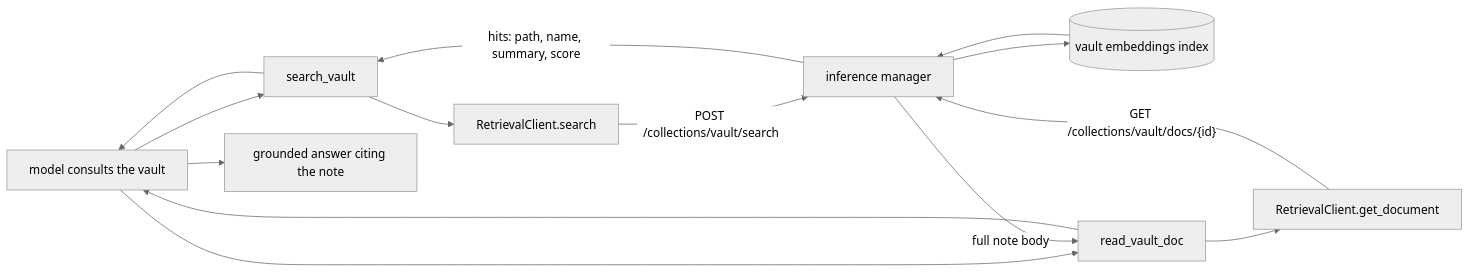
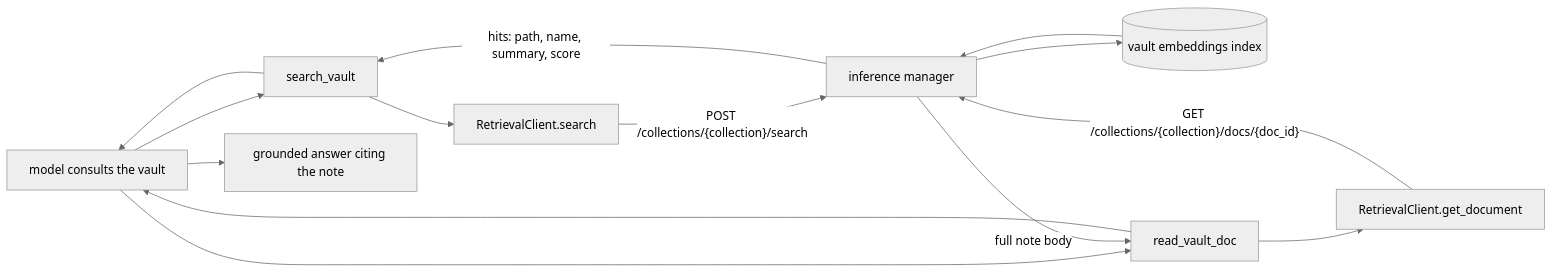
Before and after one commit to EdibleTuber/PARE: the second of 4 diagrams in ARCHITECTURE.md, drawn with Mermaid (neutral theme). The commit also changed other lines of this file, not shown here.

First line of the commit message:
docs(architecture): make the diagrams true

````diff
--- a/ARCHITECTURE.md
+++ b/ARCHITECTURE.md
@@ -65,14 +75,14 @@
 ```mermaid
 flowchart LR
     M["model consults the vault"] --> SV["search_vault"]
     SV --> RC["RetrievalClient.search"]
-    RC -->|"POST /collections/vault/search"| MGR["inference manager"]
+    RC -->|"POST /collections/{collection}/search"| MGR["inference manager"]
     MGR --> IDX[("vault embeddings index")]
     IDX --> MGR
     MGR -->|"hits: path, name, summary, score"| SV --> M
     M --> RV["read_vault_doc"]
     RV --> GD["RetrievalClient.get_document"]
-    GD -->|"GET /collections/vault/docs/{id}"| MGR
+    GD -->|"GET /collections/{collection}/docs/{doc_id}"| MGR
     MGR -->|"full note body"| RV --> M
     M --> ANS["grounded answer citing the note"]
 ```
````
